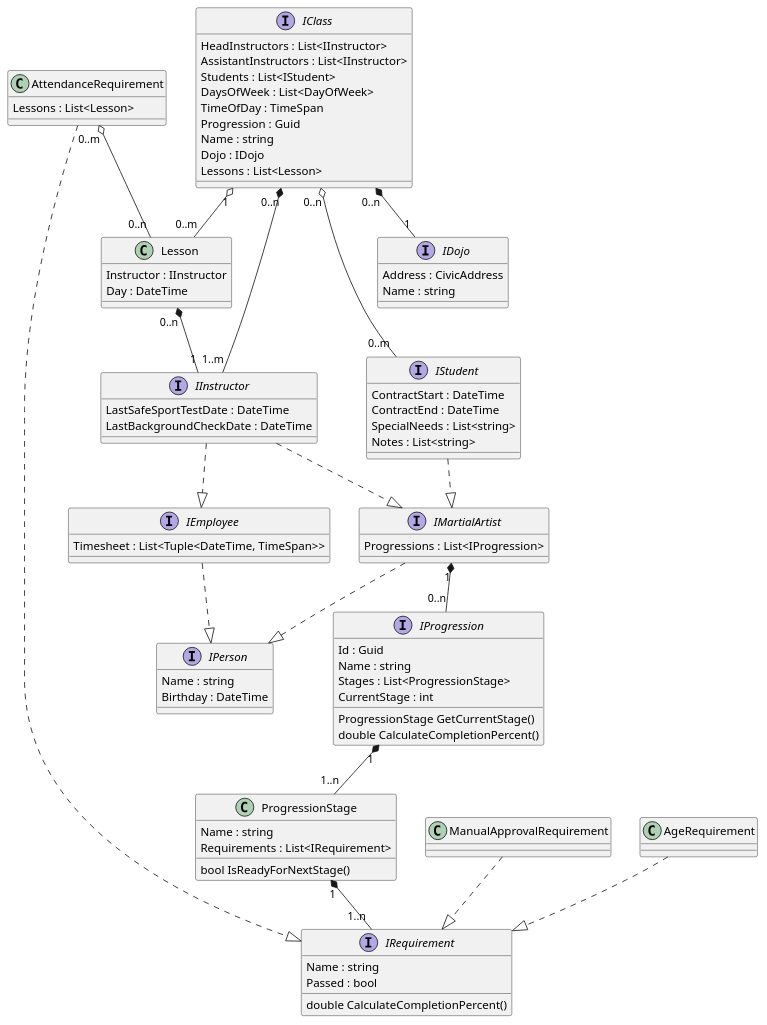
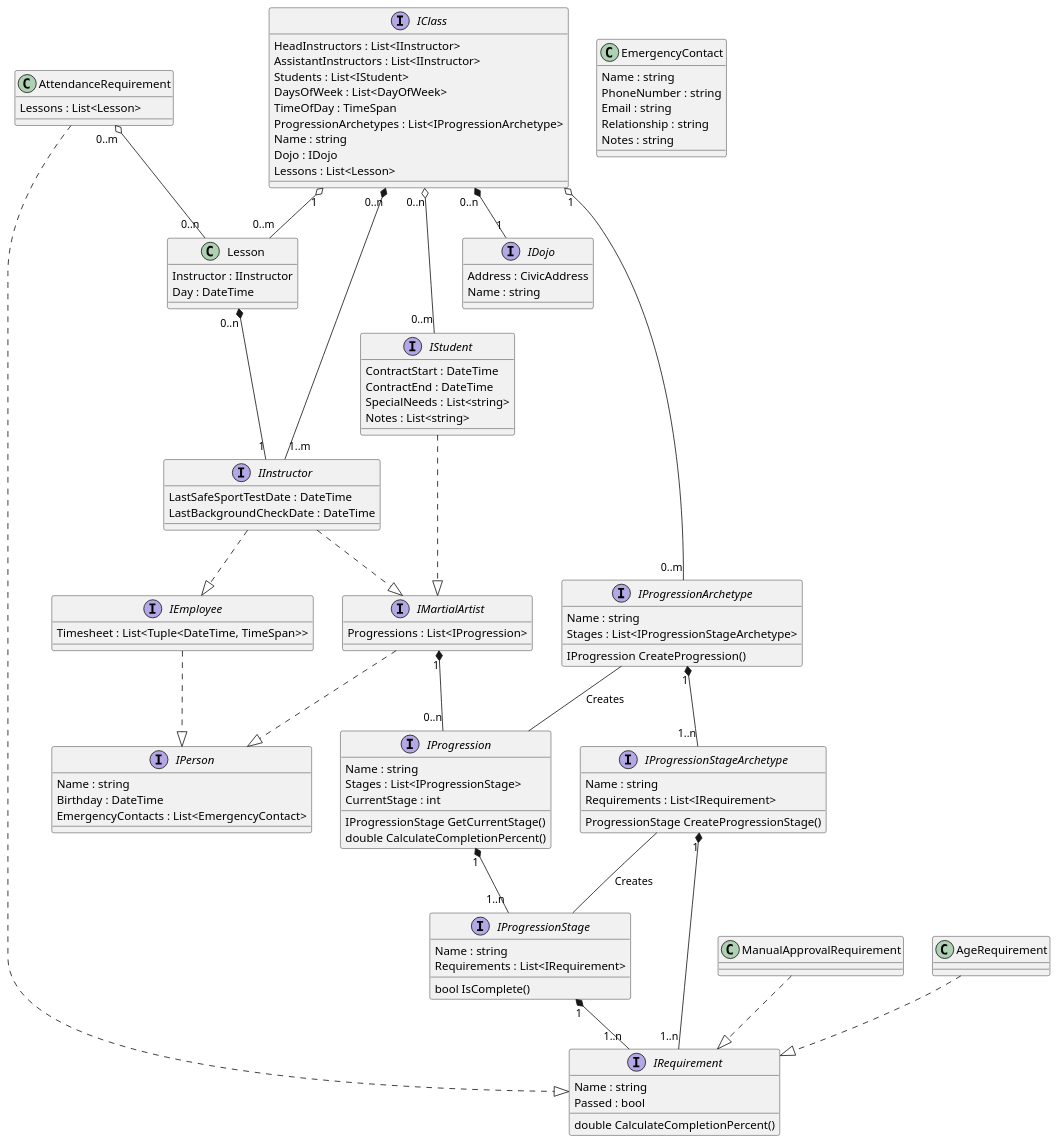
One commit to lavinrp/BmaBackstage changed the diagram in Uml/BmaBackstageModel.plantuml. Above: the diagram before and after it, drawn with PlantUML.

Commit message:
#6 - IProgressionArchetype
Adds IProgressionArchetype and IProgressionStageArchetype.

```diff
--- a/Uml/BmaBackstageModel.plantuml
+++ b/Uml/BmaBackstageModel.plantuml
@@ -1,119 +1,148 @@
 @startuml
 
 
 interface IRequirement
 {
     Name : string
     Passed : bool
     double CalculateCompletionPercent()
 }
 
 class AttendanceRequirement
 {
     Lessons : List<Lesson>
 }
 
 class ManualApprovalRequirement
 {
 }
 
 class AgeRequirement
 {
 }
 
-class ProgressionStage
+interface IProgressionStage
 {
     Name : string
     Requirements : List<IRequirement>
-    bool IsReadyForNextStage()
+    bool IsComplete()
 }
 
 interface IProgression
 {
-    Id : Guid
     Name : string
-    Stages : List<ProgressionStage>
+    Stages : List<IProgressionStage>
     CurrentStage : int
-    ProgressionStage GetCurrentStage()
+    IProgressionStage GetCurrentStage()
     double CalculateCompletionPercent()
+}
+
+interface IProgressionStageArchetype
+{
+    Name : string
+    Requirements : List<IRequirement>
+    ProgressionStage CreateProgressionStage()
+}
+
+interface IProgressionArchetype
+{
+    Name : string
+    Stages : List<IProgressionStageArchetype>
+    IProgression CreateProgression()
+}
+
+class EmergencyContact
+{
+    Name : string
+    PhoneNumber : string
+    Email : string
+    Relationship : string
+    Notes : string
 }
 
 interface IPerson
 {
     Name : string
     Birthday : DateTime
+    EmergencyContacts : List<EmergencyContact>
 }
 
 interface IEmployee
 {
     Timesheet : List<Tuple<DateTime, TimeSpan>>
 }
 
 interface IMartialArtist
 {
     Progressions : List<IProgression>
 }
 
 interface IInstructor
 {
     LastSafeSportTestDate : DateTime
     LastBackgroundCheckDate : DateTime
 }
 
 class Lesson
 {
     Instructor : IInstructor
     Day : DateTime
 }
 
 interface IStudent
 {
     ContractStart : DateTime
     ContractEnd : DateTime
     SpecialNeeds : List<string>
     Notes : List<string>
 }
 
 interface IDojo
 {
     Address : CivicAddress
     Name : string
 }
 
 interface IClass
 {
     HeadInstructors : List<IInstructor>
     AssistantInstructors : List<IInstructor>
     Students : List<IStudent>
     DaysOfWeek : List<DayOfWeek>
     TimeOfDay : TimeSpan
-    Progression : Guid
+    ProgressionArchetypes : List<IProgressionArchetype>
     Name : string
     Dojo : IDojo
     Lessons : List<Lesson>
 }
 
 IMartialArtist ..|> IPerson
 IEmployee ..|> IPerson
 IInstructor ..|> IEmployee
 IInstructor ..|> IMartialArtist
 IStudent ..|> IMartialArtist
 
 AttendanceRequirement ..|> IRequirement
 ManualApprovalRequirement ..|> IRequirement
 AgeRequirement ..|> IRequirement
 
-ProgressionStage "1" *-- "1..n" IRequirement
-IProgression "1" *-- "1..n" ProgressionStage
+IProgressionStageArchetype "1" *-- "1..n" IRequirement
+IProgressionArchetype "1" *-- "1..n" IProgressionStageArchetype
+IProgressionArchetype -- IProgression : Creates
+IProgressionStageArchetype -- IProgressionStage : Creates
+
+IProgressionStage "1" *-- "1..n" IRequirement
+IProgression "1" *-- "1..n" IProgressionStage
 AttendanceRequirement "0..m" o-- "0..n" Lesson
 
 IMartialArtist "1" *-- "0..n" IProgression
 
 IClass "0..n" *-- "1..m" IInstructor
 IClass "0..n" o-- "0..m" IStudent
 IClass "0..n" *-- "1" IDojo
 IClass "1" o-- "0..m" Lesson
+IClass "1" o-- "0..m" IProgressionArchetype
 
 Lesson "0..n" *-- "1" IInstructor
 
 @enduml
```
